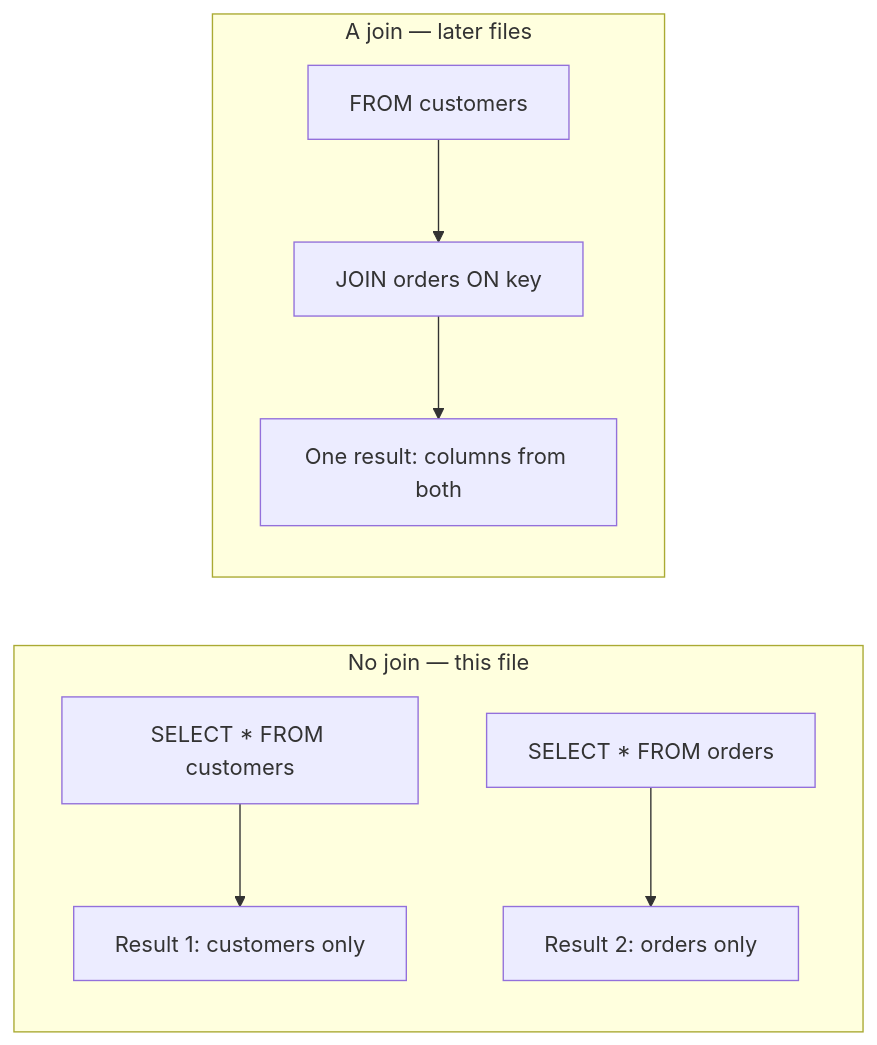
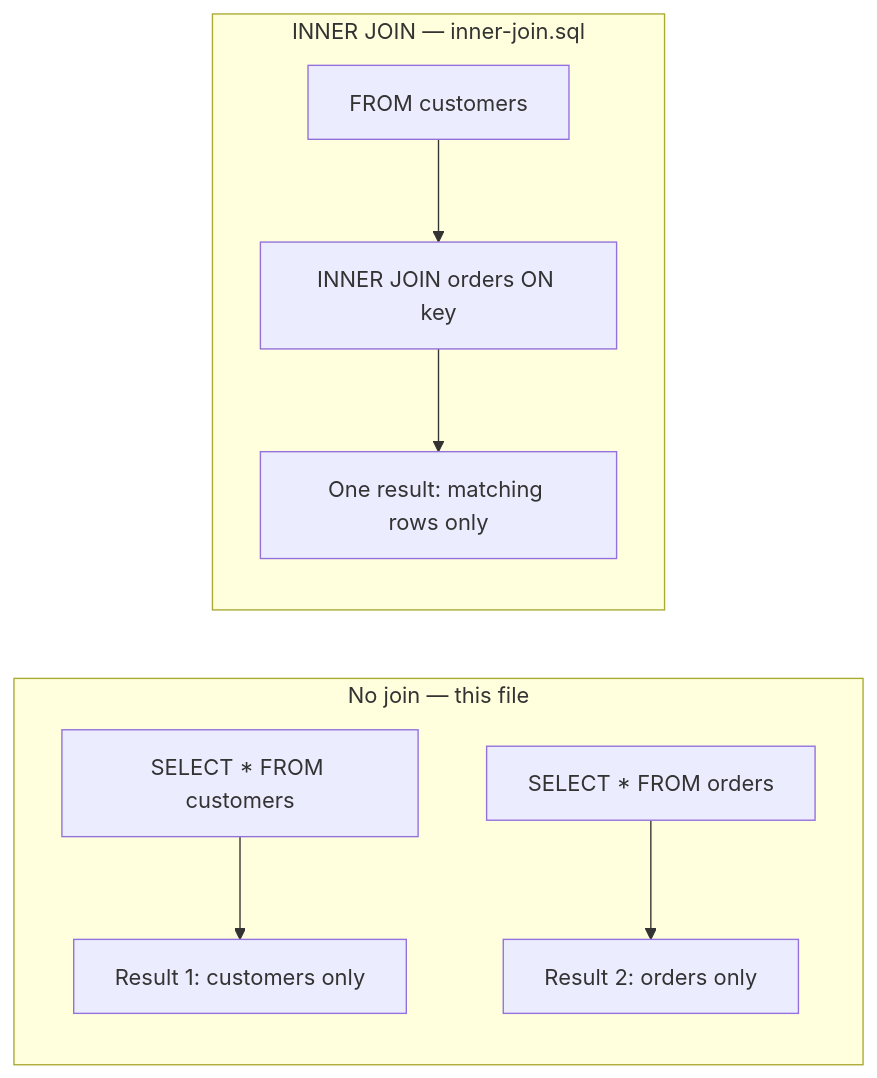
One commit to PandeyRajnish/sql changed the first of 4 diagrams in joins(columns-rows)/README.md. Above: the diagram before and after it, drawn with Mermaid. The commit also changed other lines of this file and 2 other files, not shown here.

Commit message:
Update README.md and joins(columns-rows)/README.md to introduce `INNER JOIN`, including detailed explanations, examples, and a new `inner-join.sql` file. Enhanced visual aids and clarified the behavior of joins in SQL queries.

````diff
--- a/joins(columns-rows)/README.md
+++ b/joins(columns-rows)/README.md
@@ -23,12 +23,12 @@
 ```mermaid
 flowchart LR
     subgraph nojoin ["No join — this file"]
         C1["SELECT * FROM customers"] --> R1["Result 1: customers only"]
         O1["SELECT * FROM orders"] --> R2["Result 2: orders only"]
     end
 
-    subgraph later ["A join — later files"]
-        C2["FROM customers"] --> J["JOIN orders ON key"]
-        J --> R3["One result: columns from both"]
+    subgraph inner ["INNER JOIN — inner-join.sql"]
+        C2["FROM customers"] --> J["INNER JOIN orders ON key"]
+        J --> R3["One result: matching rows only"]
     end
 ```
````
